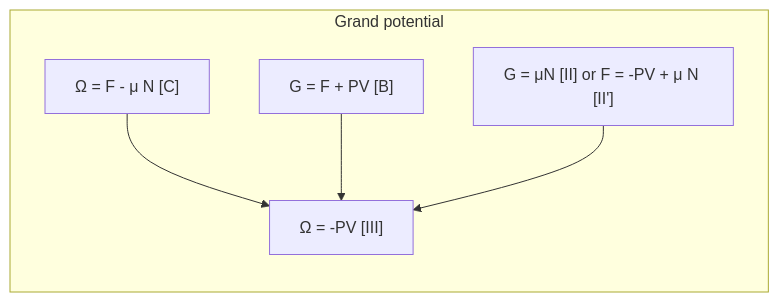
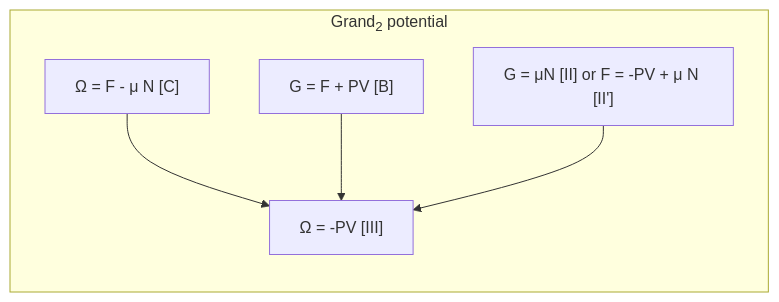
Before and after one commit to yamato97/science: the diagram in grand_canonical.md, drawn with Mermaid.

````diff
--- a/grand_canonical.md
+++ b/grand_canonical.md
@@ -9,9 +9,9 @@
 ```mermaid
 graph LR
-subgraph Grand potential
+subgraph "Grand<sub>2</sub> potential"
 EC["&Omega; = F - &mu; N [C]"]-->EIII["&Omega; = -PV [III]"]
 EB["G = F + PV [B]"]-->EIII
 EIIdash["G = &mu;N [II] or F = -PV + &mu; N [II']"]-->EIII
 end
 
 ```
````
